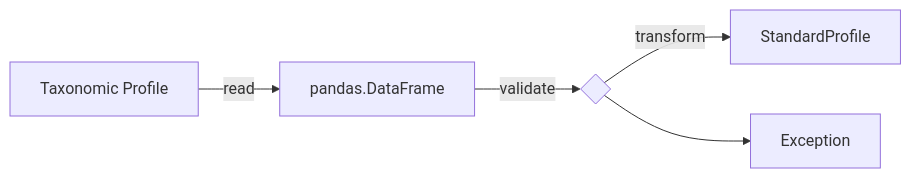
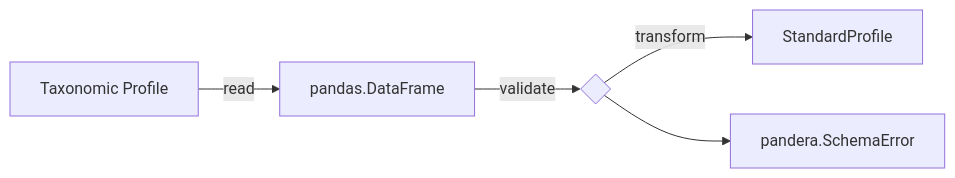
Before and after one commit to taxprofiler/taxpasta: the diagram in docs/contributing/supporting_new_profiler.md, drawn with Mermaid. The commit also changed other lines of this file, not shown here.

````diff
--- a/docs/contributing/supporting_new_profiler.md
+++ b/docs/contributing/supporting_new_profiler.md
@@ -9,7 +25,7 @@
 ```mermaid
 graph LR
   A[Taxonomic Profile] -->|read| B[pandas.DataFrame];
   B -->|validate| C{ };
   C -->|transform| D[StandardProfile];
-  C --> E[Exception];
+  C --> E[pandera.SchemaError];
 ```
````
